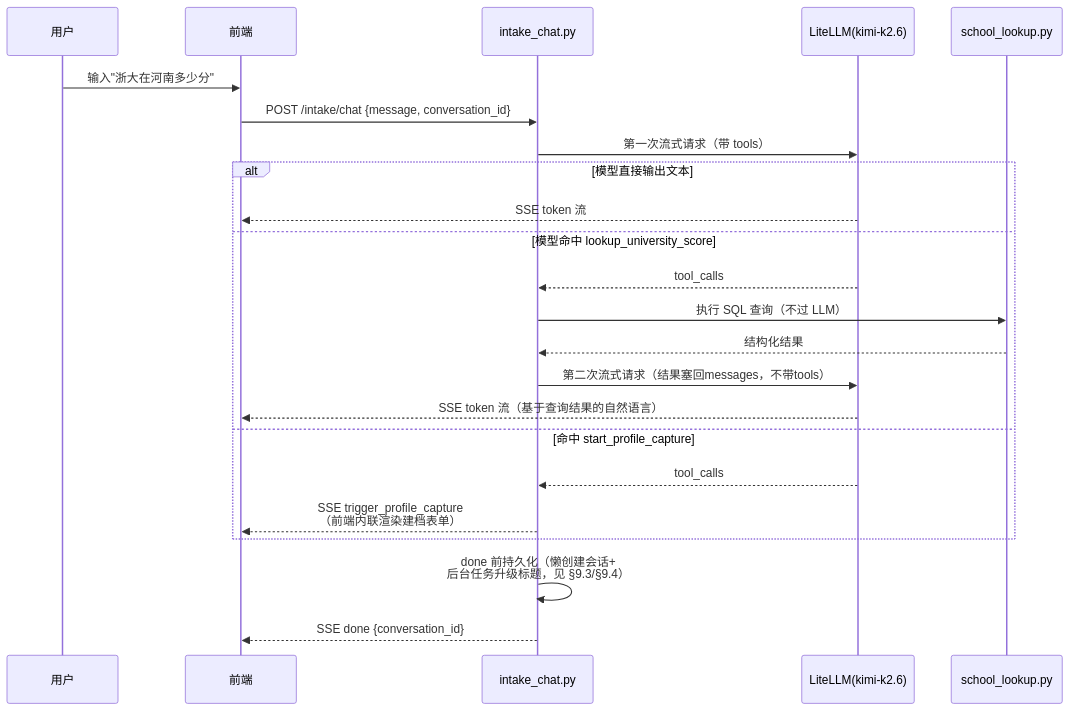
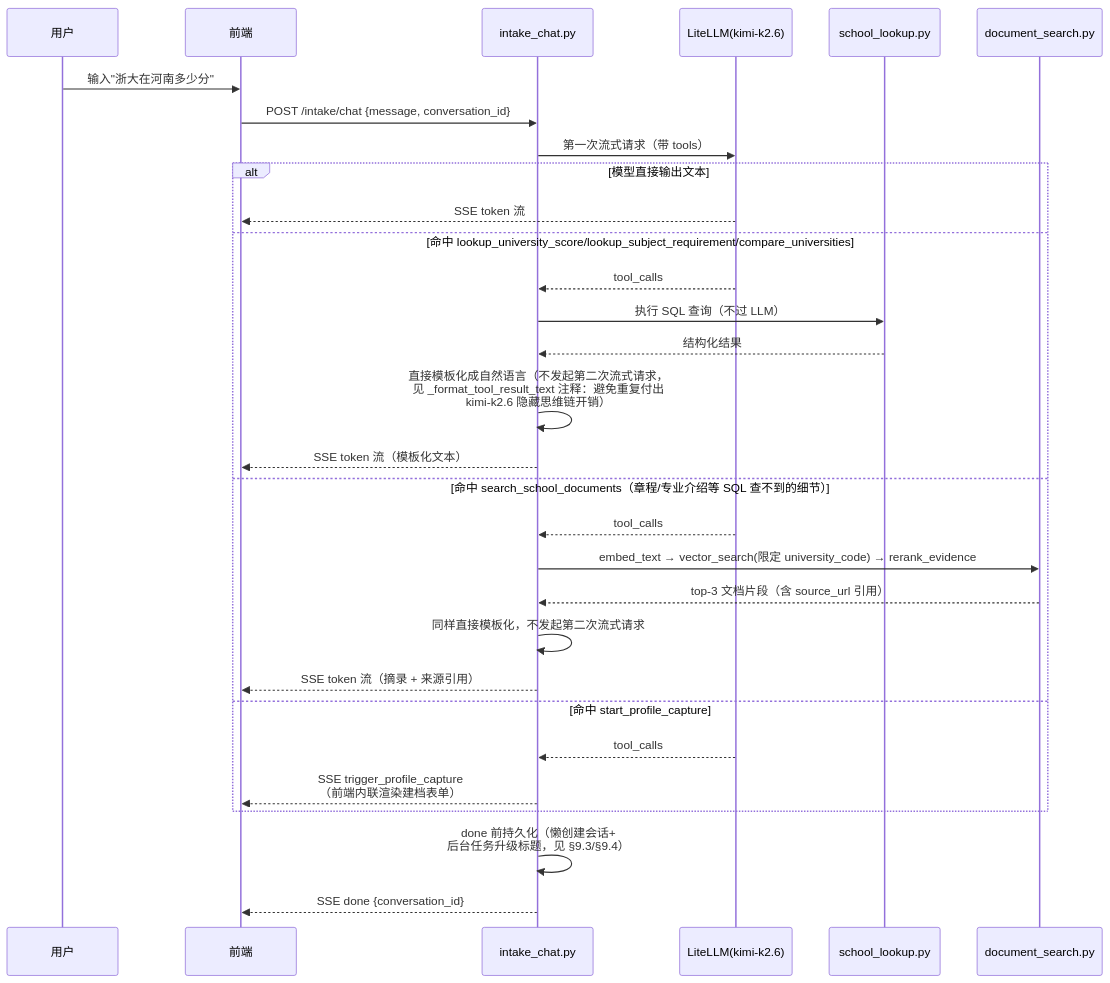
One commit to debugzhao/jin-guide changed the sixth of 7 diagrams in backend/docs/02_agent_design.md. Above: the diagram before and after it, drawn with Mermaid. The commit also changed other lines of this file and 14 other files, not shown here.

````diff
--- a/backend/docs/02_agent_design.md
+++ b/backend/docs/02_agent_design.md
@@ -412,26 +412,33 @@
 ```mermaid
 sequenceDiagram
     participant U as 用户
     participant FE as 前端
     participant API as intake_chat.py
     participant LLM as LiteLLM(kimi-k2.6)
     participant SQL as school_lookup.py
+    participant RAG as document_search.py
 
     U->>FE: 输入"浙大在河南多少分"
     FE->>API: POST /intake/chat {message, conversation_id}
     API->>LLM: 第一次流式请求（带 tools）
     alt 模型直接输出文本
         LLM-->>FE: SSE token 流
-    else 模型命中 lookup_university_score
+    else 命中 lookup_university_score/lookup_subject_requirement/compare_universities
         LLM-->>API: tool_calls
         API->>SQL: 执行 SQL 查询（不过 LLM）
         SQL-->>API: 结构化结果
-        API->>LLM: 第二次流式请求（结果塞回messages，不带tools）
-        LLM-->>FE: SSE token 流（基于查询结果的自然语言）
+        API->>API: 直接模板化成自然语言（不发起第二次流式请求，<br/>见 _format_tool_result_text 注释：避免重复付出<br/>kimi-k2.6 隐藏思维链开销）
+        API-->>FE: SSE token 流（模板化文本）
+    else 命中 search_school_documents（章程/专业介绍等 SQL 查不到的细节）
+        LLM-->>API: tool_calls
+        API->>RAG: embed_text → vector_search(限定 university_code) → rerank_evidence
+        RAG-->>API: top-3 文档片段（含 source_url 引用）
+        API->>API: 同样直接模板化，不发起第二次流式请求
+        API-->>FE: SSE token 流（摘录 + 来源引用）
     else 命中 start_profile_capture
         LLM-->>API: tool_calls
         API-->>FE: SSE trigger_profile_capture<br/>（前端内联渲染建档表单）
     end
     API->>API: done 前持久化（懒创建会话+<br/>后台任务升级标题，见 §9.3/§9.4）
     API-->>FE: SSE done {conversation_id}
 ```
````
